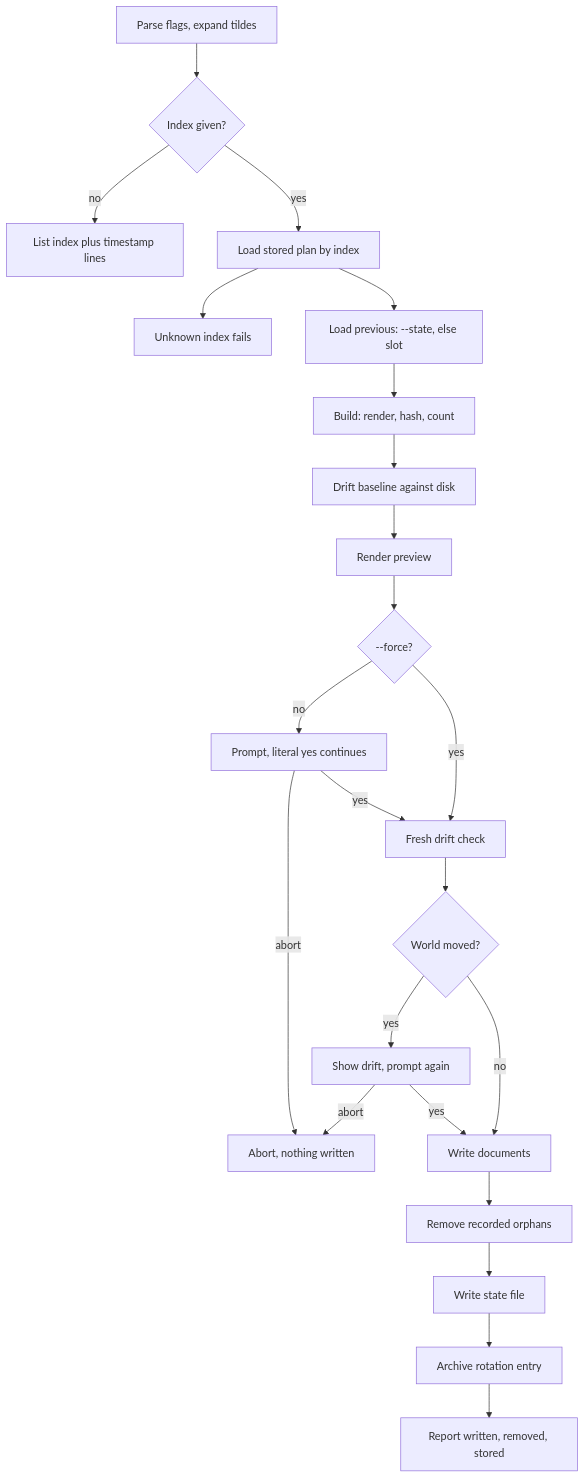
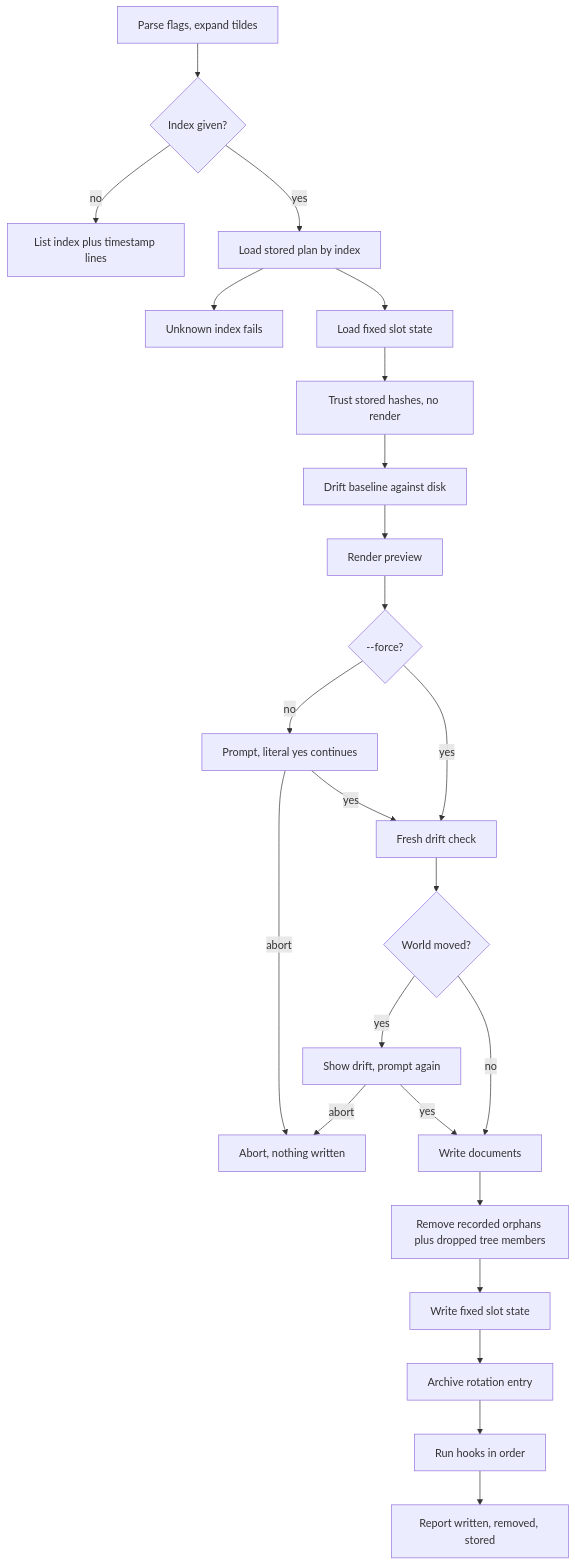
The diagram in docs/flows/rollback.md (SolracHQ/confit), drawn with Mermaid before and after one commit. The commit also changed 83 other files, not shown here.

````diff
--- a/docs/flows/rollback.md
+++ b/docs/flows/rollback.md
@@ -7,25 +7,26 @@
 ```mermaid
 flowchart TD
     A["Parse flags, expand tildes"] --> B{"Index given?"}
     B -- no --> C["List index plus timestamp lines"]
     B -- yes --> D["Load stored plan by index"]
     D --> E["Unknown index fails"]
-    D --> F["Load previous: --state, else slot"]
-    F --> G["Build: render, hash, count"]
+    D --> F["Load fixed slot state"]
+    F --> G["Trust stored hashes, no render"]
     G --> H["Drift baseline against disk"]
     H --> I["Render preview"]
     I --> J{"--force?"}
     J -- no --> K["Prompt, literal yes continues"]
     J -- yes --> L["Fresh drift check"]
     K -- abort --> Z["Abort, nothing written"]
     K -- yes --> L
     L --> M{"World moved?"}
     M -- yes --> N["Show drift, prompt again"]
     M -- no --> O["Write documents"]
     N -- abort --> Z
     N -- yes --> O
-    O --> P["Remove recorded orphans"]
-    P --> Q["Write state file"]
+    O --> P["Remove recorded orphans plus dropped tree members"]
+    P --> Q["Write fixed slot state"]
     Q --> R["Archive rotation entry"]
-    R --> S["Report written, removed, stored"]
+    R --> S["Run hooks in order"]
+    S --> T["Report written, removed, stored"]
 ```
````
